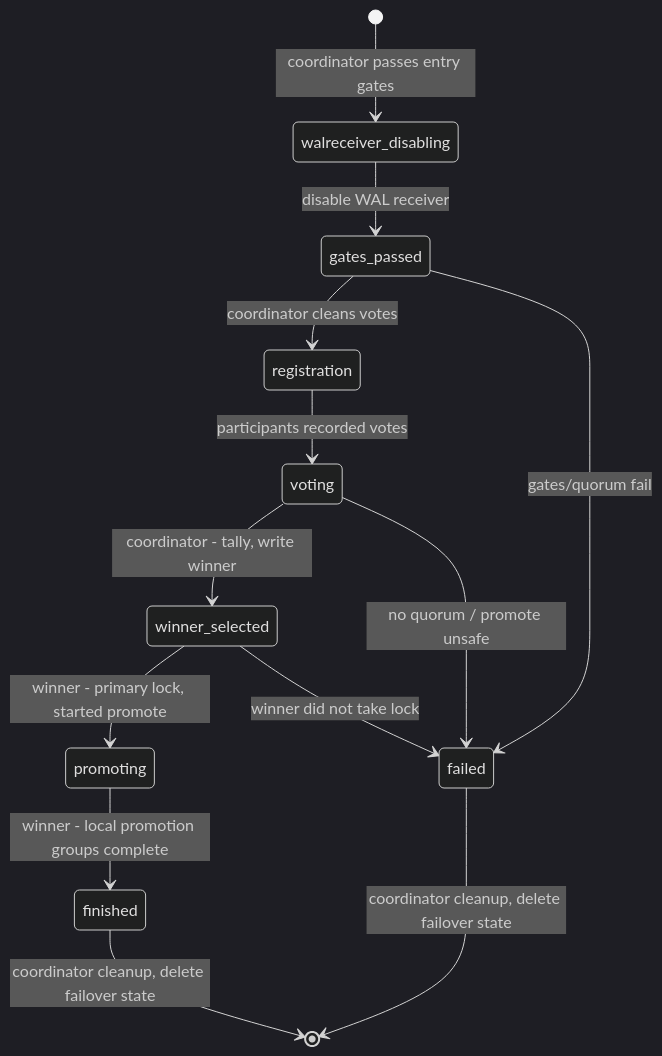
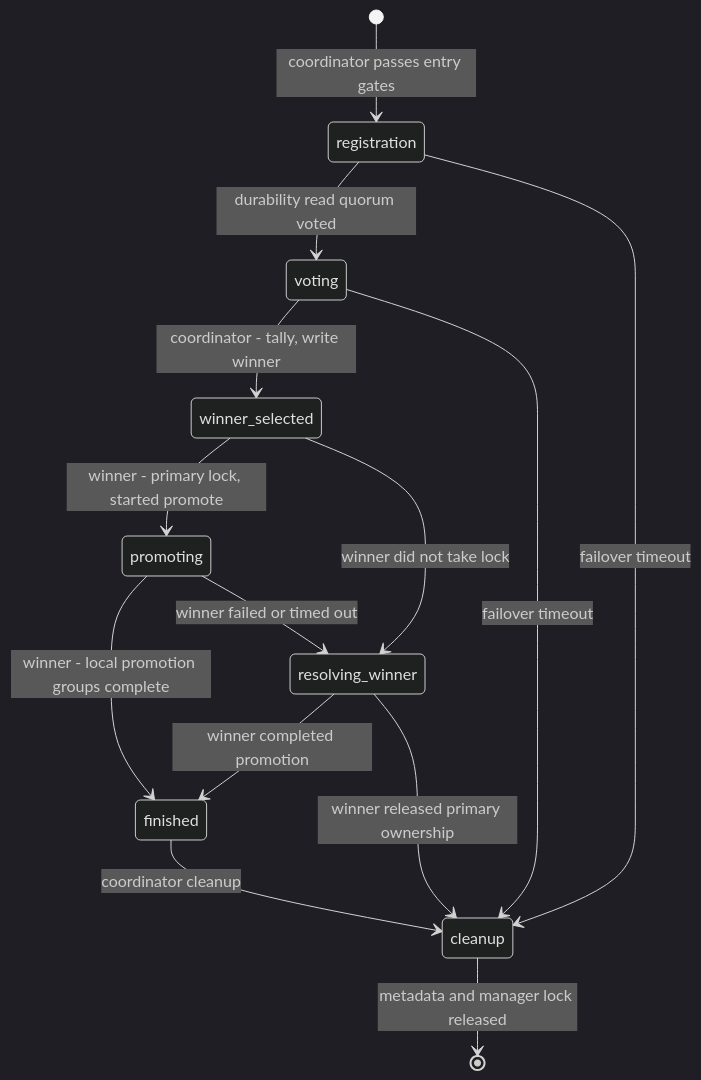
Before and after one commit to yandex/pgconsul: the diagram in adr/ADR-0007-failover-state-machine.md, drawn with Mermaid (dark theme). The commit also changed other lines of this file and 13 other files, not shown here.

Commit message:
Split failover coordinator and participant

````diff
--- a/adr/ADR-0007-failover-state-machine.md
+++ b/adr/ADR-0007-failover-state-machine.md
@@ -100,15 +100,16 @@
 ```mermaid
 stateDiagram-v2
-    [*] --> walreceiver_disabling : coordinator passes entry gates
-    walreceiver_disabling --> gates_passed : disable WAL receiver
-    gates_passed --> registration : coordinator cleans votes
-    registration --> voting : participants recorded votes
+    [*] --> registration : coordinator passes entry gates
+    registration --> voting : durability read quorum voted
     voting --> winner_selected : coordinator - tally, write winner
     winner_selected --> promoting : winner - primary lock, started promote
     promoting --> finished : winner - local promotion groups complete
-    finished --> [*] : coordinator cleanup, delete failover state
-    gates_passed --> failed : gates/quorum fail
-    voting --> failed : no quorum / promote unsafe
-    winner_selected --> failed : winner did not take lock
-    failed --> [*] : coordinator cleanup, delete failover state
+    finished --> cleanup : coordinator cleanup
+    cleanup --> [*] : metadata and manager lock released
+    registration --> cleanup : failover timeout
+    voting --> cleanup : failover timeout
+    winner_selected --> resolving_winner : winner did not take lock
+    promoting --> resolving_winner : winner failed or timed out
+    resolving_winner --> finished : winner completed promotion
+    resolving_winner --> cleanup : winner released primary ownership
 ```
````
